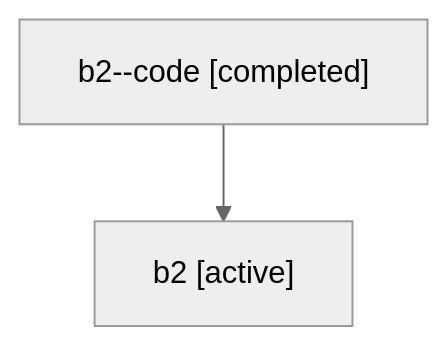
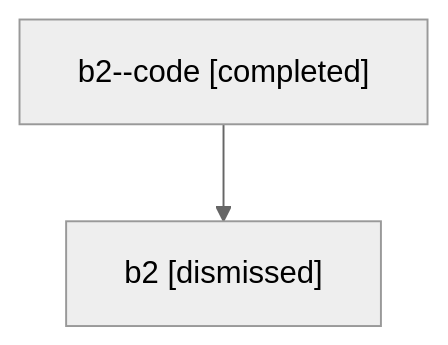
The diagram in sessions/bbugyi200.athena.b2.md (sase-org/sase--agents), drawn with Mermaid (neutral theme) before and after one commit. The commit also changed other lines of this file and 34 other files, not shown here.

````diff
--- a/sessions/bbugyi200.athena.b2.md
+++ b/sessions/bbugyi200.athena.b2.md
@@ -9,6 +9,6 @@
 ```mermaid
 flowchart TD
   n0["b2--code [completed]"]
-  n1["b2 [active]"]
+  n1["b2 [dismissed]"]
   n0 --> n1
 ```
````
